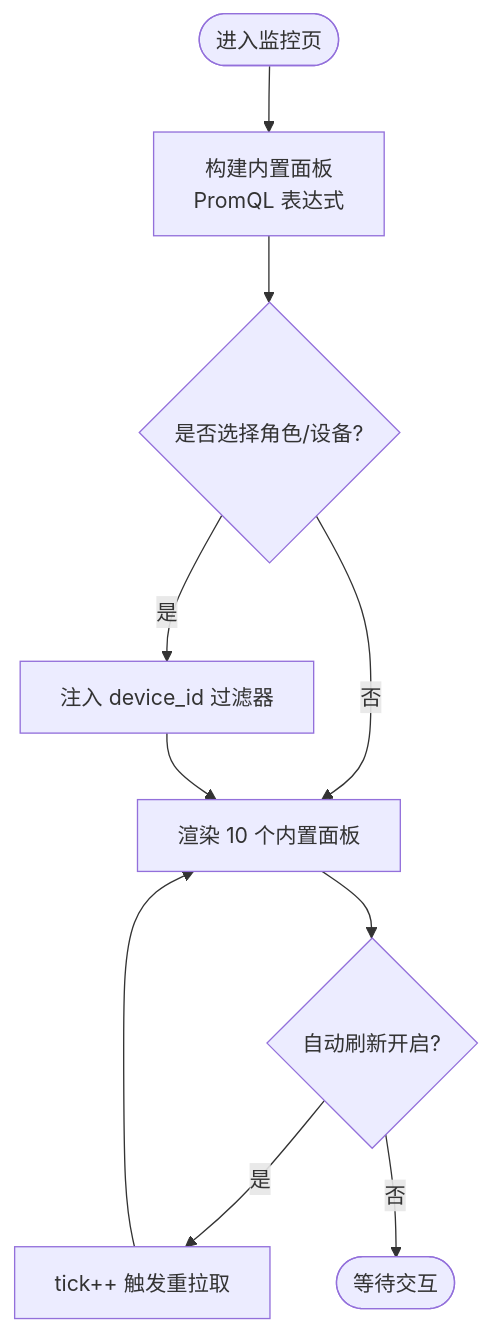
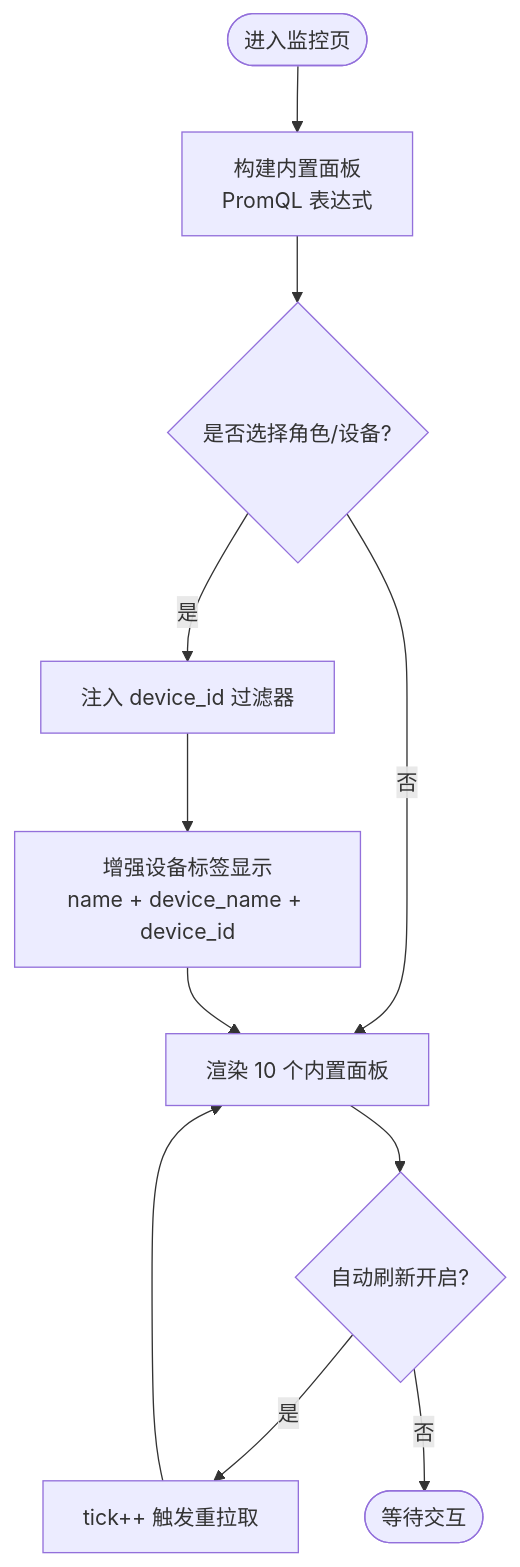
The third of 7 diagrams in .qoder/repowiki/zh/content/前端应用/核心页面功能/监控页面/监控页面.md (xied1133-oss/ongrid), drawn with Mermaid before and after one commit. The commit also changed other lines of this file and 30 other files, not shown here.

````diff
--- a/.qoder/repowiki/zh/content/前端应用/核心页面功能/监控页面/监控页面.md
+++ b/.qoder/repowiki/zh/content/前端应用/核心页面功能/监控页面/监控页面.md
@@ -164,12 +178,13 @@
 ```mermaid
 flowchart TD
 Start(["进入监控页"]) --> BuildPanels["构建内置面板<br/>PromQL 表达式"]
 BuildPanels --> Filter{"是否选择角色/设备?"}
 Filter -- 否 --> Render["渲染 10 个内置面板"]
 Filter -- 是 --> Inject["注入 device_id 过滤器"]
-Inject --> Render
+Inject --> EnhancedDisplay["增强设备标签显示<br/>name + device_name + device_id"]
+EnhancedDisplay --> Render
 Render --> Refresh{"自动刷新开启?"}
 Refresh -- 是 --> Tick["tick++ 触发重拉取"]
 Refresh -- 否 --> End(["等待交互"])
 Tick --> Render
 ```
````
